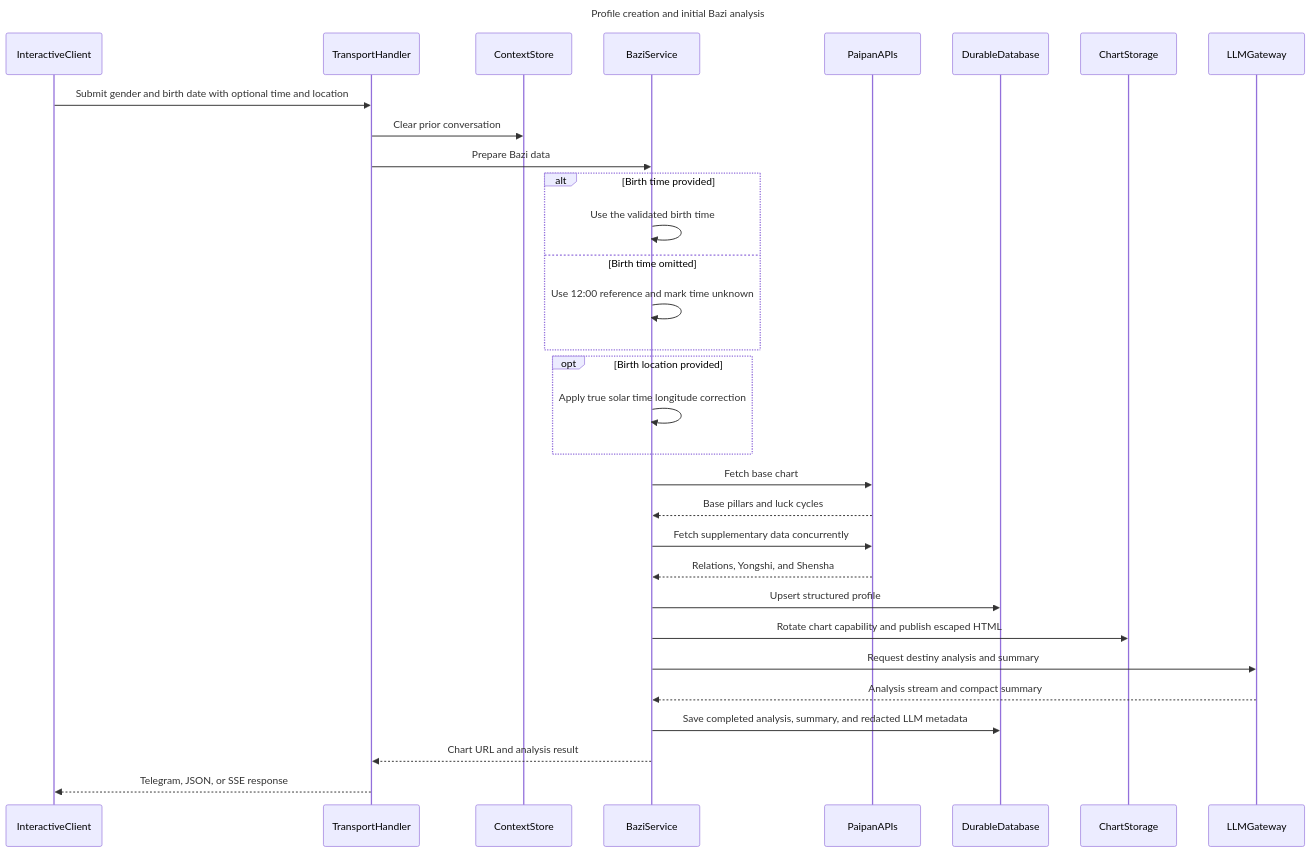
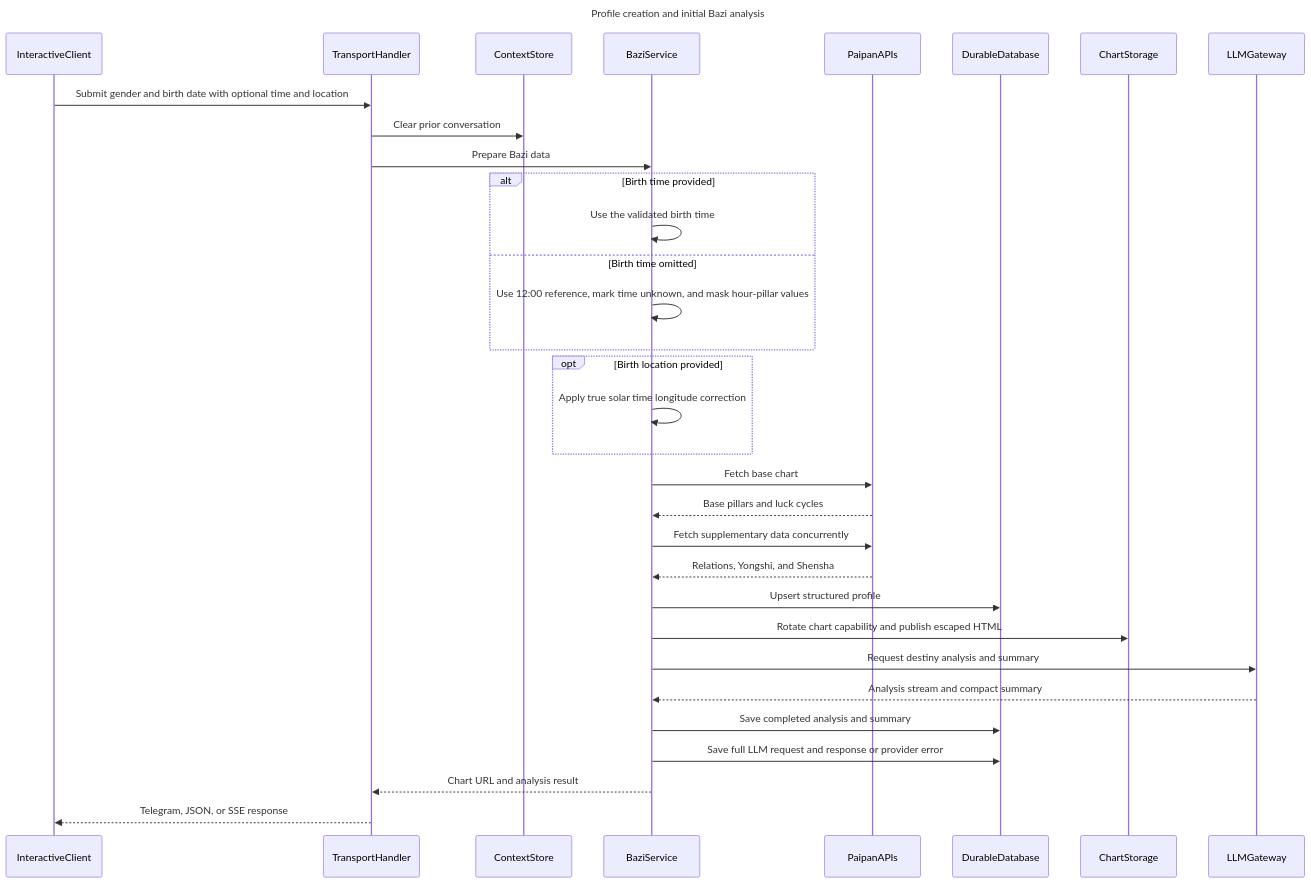
The second of 6 diagrams in docs/project-flow-sequence.md (henius98/BaziFlowAgent), drawn with Mermaid before and after one commit. The commit also changed other lines of this file and 30 other files, not shown here.

````diff
--- a/docs/project-flow-sequence.md
+++ b/docs/project-flow-sequence.md
@@ -38,35 +46,36 @@
 ```mermaid
 sequenceDiagram
     title Profile creation and initial Bazi analysis
     participant InteractiveClient
     participant TransportHandler
     participant ContextStore
     participant BaziService
     participant PaipanAPIs
     participant DurableDatabase
     participant ChartStorage
     participant LLMGateway
 
     InteractiveClient->>TransportHandler: Submit gender and birth date with optional time and location
     TransportHandler->>ContextStore: Clear prior conversation
     TransportHandler->>BaziService: Prepare Bazi data
     alt Birth time provided
         BaziService->>BaziService: Use the validated birth time
     else Birth time omitted
-        BaziService->>BaziService: Use 12:00 reference and mark time unknown
+        BaziService->>BaziService: Use 12:00 reference, mark time unknown, and mask hour-pillar values
     end
     opt Birth location provided
         BaziService->>BaziService: Apply true solar time longitude correction
     end
     BaziService->>PaipanAPIs: Fetch base chart
     PaipanAPIs-->>BaziService: Base pillars and luck cycles
     BaziService->>PaipanAPIs: Fetch supplementary data concurrently
     PaipanAPIs-->>BaziService: Relations, Yongshi, and Shensha
     BaziService->>DurableDatabase: Upsert structured profile
     BaziService->>ChartStorage: Rotate chart capability and publish escaped HTML
     BaziService->>LLMGateway: Request destiny analysis and summary
     LLMGateway-->>BaziService: Analysis stream and compact summary
-    BaziService->>DurableDatabase: Save completed analysis, summary, and redacted LLM metadata
+    BaziService->>DurableDatabase: Save completed analysis and summary
+    BaziService->>DurableDatabase: Save full LLM request and response or provider error
     BaziService-->>TransportHandler: Chart URL and analysis result
     TransportHandler-->>InteractiveClient: Telegram, JSON, or SSE response
 ```
````
